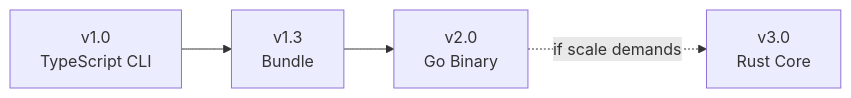
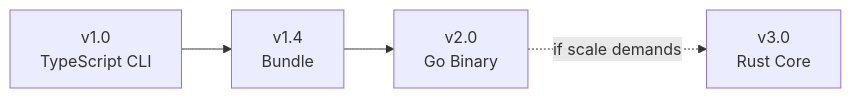
One commit to Naveen2070/project_crucible changed the fourth of 4 diagrams in ROADMAP.md. Above: the diagram before and after it, drawn with Mermaid. The commit also changed other lines of this file and 8 other files, not shown here.

Commit message:
chore: bump roadmap with v1.2 CLI lifecycle section, pin esbuild@0.28.1

````diff
--- a/ROADMAP.md
+++ b/ROADMAP.md
@@ -287,6 +311,6 @@
 ```mermaid
 flowchart LR
-    A["v1.0<br/>TypeScript CLI"] --> B["v1.3<br/>Bundle"]
+    A["v1.0<br/>TypeScript CLI"] --> B["v1.4<br/>Bundle"]
     B --> C["v2.0<br/>Go Binary"]
     C -.->|"if scale demands"| D["v3.0<br/>Rust Core"]
 ```
````
